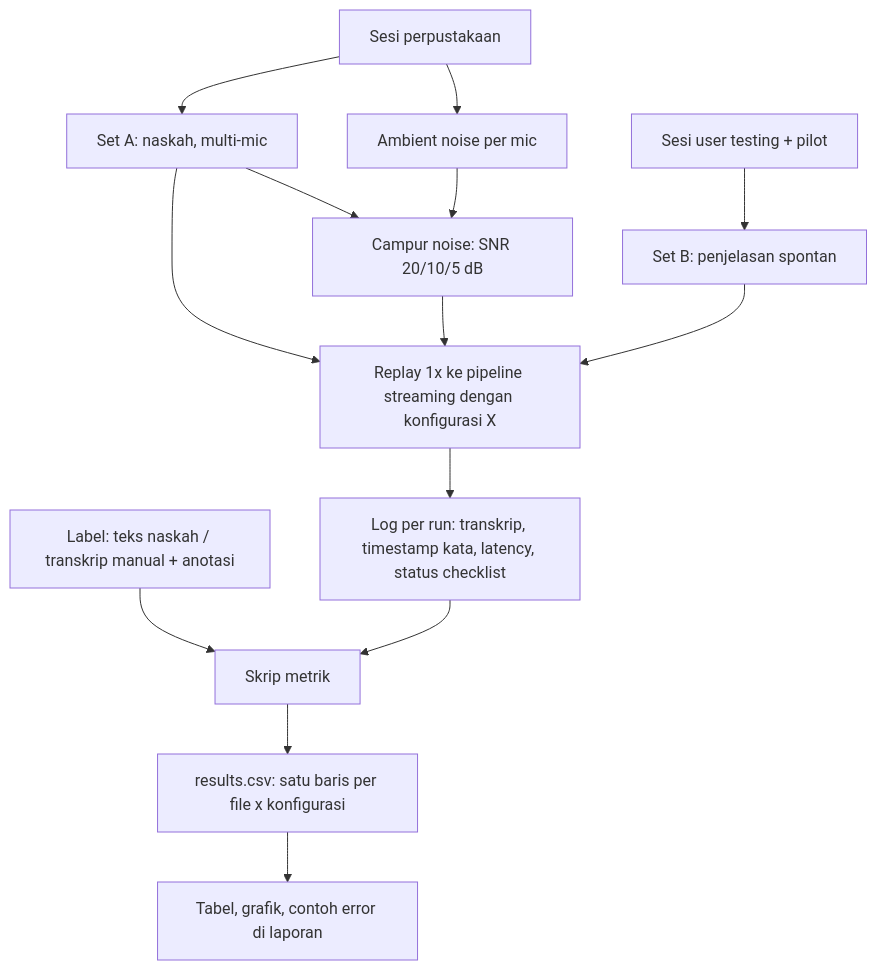
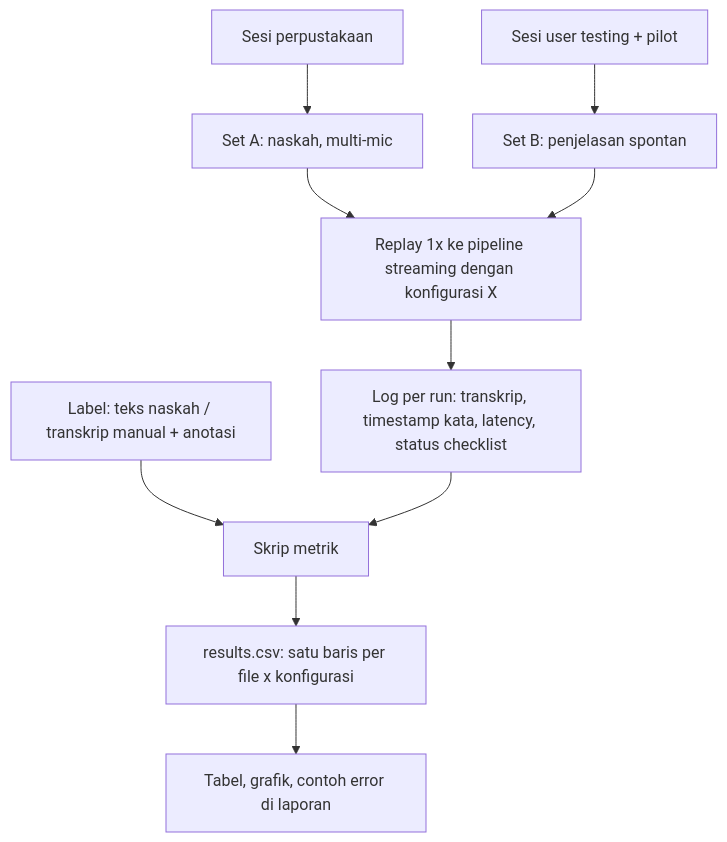
The second of 2 diagrams in docs/PLAN.md (SauHin/feynman-asr), drawn with Mermaid before and after one commit. The commit also changed other lines of this file and 4 other files, not shown here.

````diff
--- a/docs/PLAN.md
+++ b/docs/PLAN.md
@@ -247,16 +248,12 @@
 ```mermaid
 flowchart TD
   S1[Sesi perpustakaan] --> A[Set A: naskah, multi-mic]
-  S1 --> N[Ambient noise per mic]
   S2[Sesi user testing + pilot] --> B[Set B: penjelasan spontan]
-  A --> MX[Campur noise: SNR 20/10/5 dB]
-  N --> MX
   A --> RP[Replay 1x ke pipeline streaming dengan konfigurasi X]
-  MX --> RP
   B --> RP
   RP --> LG[Log per run: transkrip, timestamp kata, latency, status checklist]
   LB[Label: teks naskah / transkrip manual + anotasi] --> MT[Skrip metrik]
   LG --> MT
   MT --> RS[results.csv: satu baris per file x konfigurasi]
   RS --> OUT[Tabel, grafik, contoh error di laporan]
 ```
````
